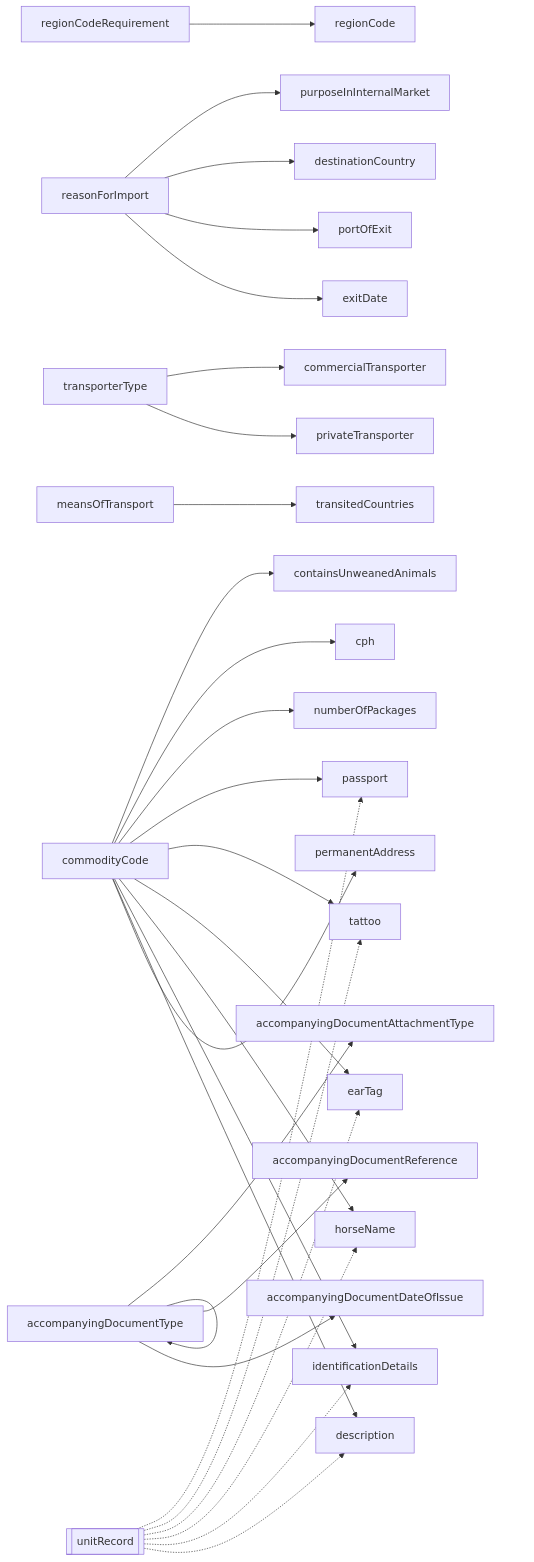
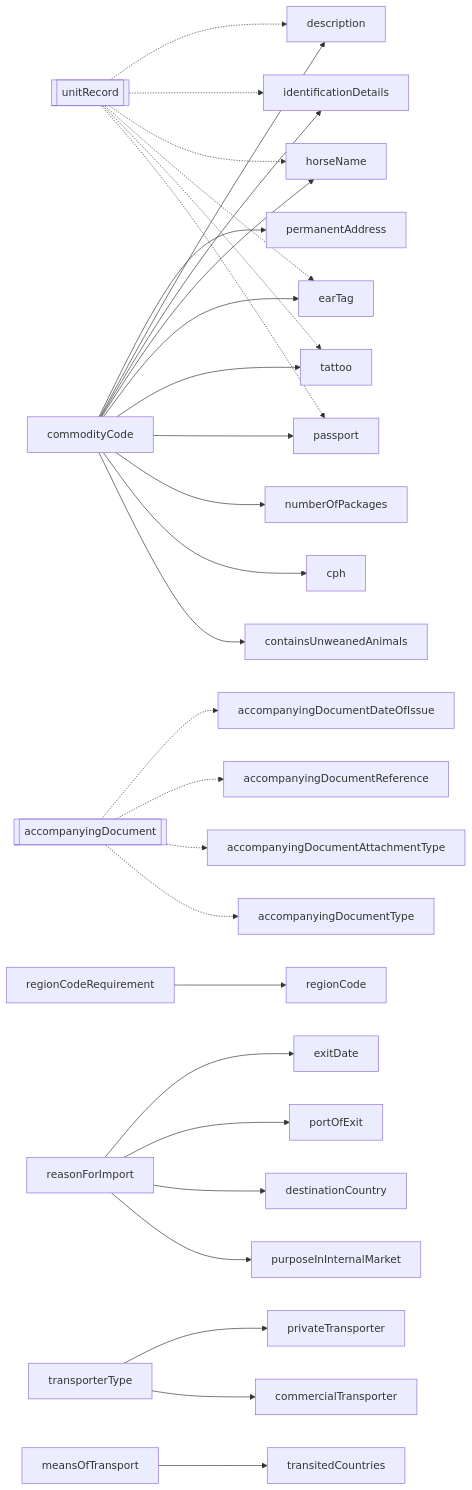
The first of 7 diagrams in prototypes/journey-config-spikes/EUDPA-249-flow-layer/MODEL.md (DEFRA/trade-imports-animals-frontend), drawn with Mermaid before and after one commit. The commit also changed other lines of this file and 12 other files, not shown here.

````diff
--- a/prototypes/journey-config-spikes/EUDPA-249-flow-layer/MODEL.md
+++ b/prototypes/journey-config-spikes/EUDPA-249-flow-layer/MODEL.md
@@ -68,32 +70,33 @@
 ```mermaid
 graph LR
   unitRecord[[unitRecord]]
+  accompanyingDocument[[accompanyingDocument]]
   regionCodeRequirement --> regionCode
   reasonForImport --> purposeInInternalMarket
   reasonForImport --> destinationCountry
   reasonForImport --> portOfExit
   reasonForImport --> exitDate
   commodityCode --> containsUnweanedAnimals
   transporterType --> commercialTransporter
   transporterType --> privateTransporter
   meansOfTransport --> transitedCountries
   commodityCode --> cph
-  accompanyingDocumentType --> accompanyingDocumentType
-  accompanyingDocumentType --> accompanyingDocumentAttachmentType
-  accompanyingDocumentType --> accompanyingDocumentReference
-  accompanyingDocumentType --> accompanyingDocumentDateOfIssue
   commodityCode --> numberOfPackages
   commodityCode --> passport
   commodityCode --> tattoo
   commodityCode --> earTag
   commodityCode --> horseName
   commodityCode --> identificationDetails
   commodityCode --> description
   commodityCode --> permanentAddress
   unitRecord -.-> passport
   unitRecord -.-> tattoo
   unitRecord -.-> earTag
   unitRecord -.-> horseName
   unitRecord -.-> identificationDetails
   unitRecord -.-> description
+  accompanyingDocument -.-> accompanyingDocumentType
+  accompanyingDocument -.-> accompanyingDocumentAttachmentType
+  accompanyingDocument -.-> accompanyingDocumentReference
+  accompanyingDocument -.-> accompanyingDocumentDateOfIssue
 ```
````
